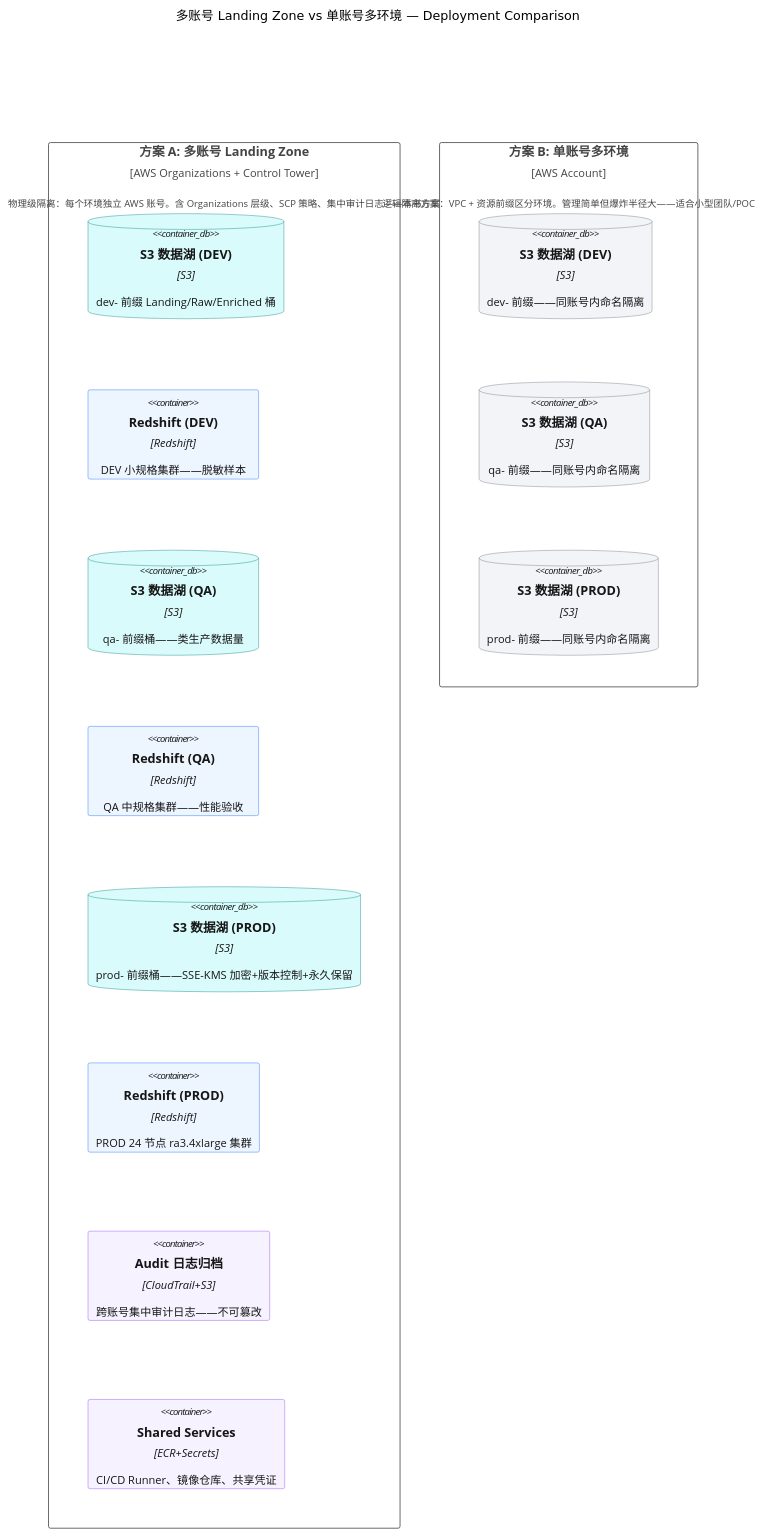
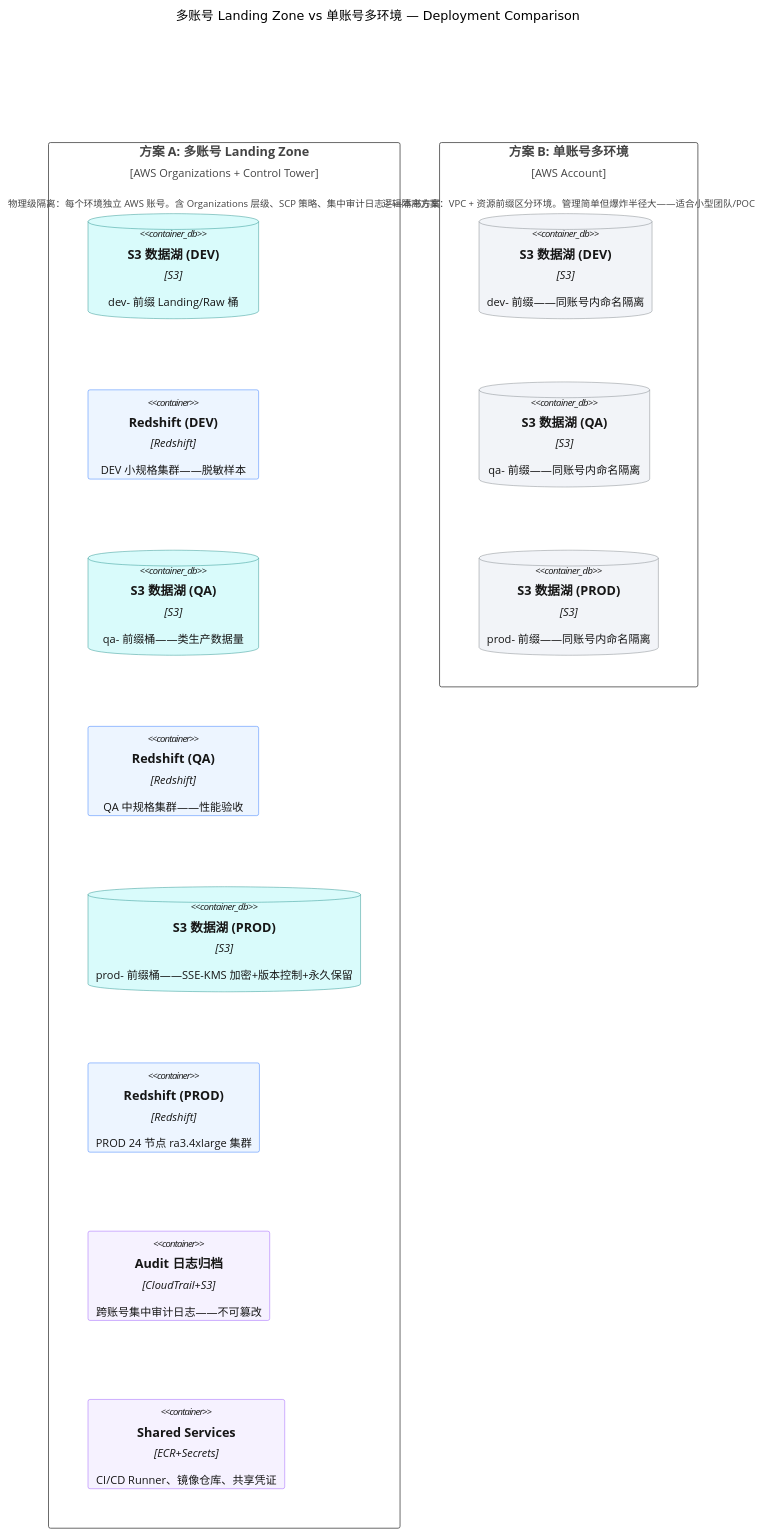
Before and after one commit to zhiweio/from-data-to-intelligence: the fourth of 5 diagrams in docs/06-环境与多账号隔离设计.md, drawn with Mermaid (neutral theme). The commit also changed other lines of this file and 69 other files, not shown here.

````diff
--- a/docs/06-环境与多账号隔离设计.md
+++ b/docs/06-环境与多账号隔离设计.md
@@ -181,35 +187,35 @@
 ```mermaid
 C4Deployment
     title 多账号 Landing Zone vs 单账号多环境 — Deployment Comparison
 
     Deployment_Node(org_a, "方案 A: 多账号 Landing Zone", "AWS Organizations + Control Tower", "物理级隔离：每个环境独立 AWS 账号。含 Organizations 层级、SCP 策略、集中审计日志——本书方案") {
-        ContainerDb(a_dev_s3, "S3 数据湖 (DEV)", "S3", "dev- 前缀 Landing/Raw/Enriched 桶")
+        ContainerDb(a_dev_s3, "S3 数据湖 (DEV)", "S3", "dev- 前缀 Landing/Raw 桶")
         Container(a_dev_rs, "Redshift (DEV)", "Redshift", "DEV 小规格集群——脱敏样本")
         ContainerDb(a_qa_s3, "S3 数据湖 (QA)", "S3", "qa- 前缀桶——类生产数据量")
         Container(a_qa_rs, "Redshift (QA)", "Redshift", "QA 中规格集群——性能验收")
         ContainerDb(a_prod_s3, "S3 数据湖 (PROD)", "S3", "prod- 前缀桶——SSE-KMS 加密+版本控制+永久保留")
         Container(a_prod_rs, "Redshift (PROD)", "Redshift", "PROD 24 节点 ra3.4xlarge 集群")
         Container(a_audit, "Audit 日志归档", "CloudTrail+S3", "跨账号集中审计日志——不可篡改")
         Container(a_shared, "Shared Services", "ECR+Secrets", "CI/CD Runner、镜像仓库、共享凭证")
     }
 
     Deployment_Node(single_b, "方案 B: 单账号多环境", "AWS Account", "逻辑隔离方案：VPC + 资源前缀区分环境。管理简单但爆炸半径大——适合小型团队/POC") {
         ContainerDb(b_dev_s3, "S3 数据湖 (DEV)", "S3", "dev- 前缀——同账号内命名隔离")
         ContainerDb(b_qa_s3, "S3 数据湖 (QA)", "S3", "qa- 前缀——同账号内命名隔离")
         ContainerDb(b_prod_s3, "S3 数据湖 (PROD)", "S3", "prod- 前缀——同账号内命名隔离")
     }
 
     UpdateElementStyle(a_dev_s3, $bgColor="#d9fbfb", $fontColor="#161616", $borderColor="#007d79")
     UpdateElementStyle(a_dev_rs, $bgColor="#edf5ff", $fontColor="#161616", $borderColor="#0f62fe")
     UpdateElementStyle(a_qa_s3, $bgColor="#d9fbfb", $fontColor="#161616", $borderColor="#007d79")
     UpdateElementStyle(a_qa_rs, $bgColor="#edf5ff", $fontColor="#161616", $borderColor="#0f62fe")
     UpdateElementStyle(a_prod_s3, $bgColor="#d9fbfb", $fontColor="#161616", $borderColor="#007d79")
     UpdateElementStyle(a_prod_rs, $bgColor="#edf5ff", $fontColor="#161616", $borderColor="#0f62fe")
     UpdateElementStyle(a_audit, $bgColor="#f6f2ff", $fontColor="#161616", $borderColor="#8a3ffc")
     UpdateElementStyle(a_shared, $bgColor="#f6f2ff", $fontColor="#161616", $borderColor="#8a3ffc")
     UpdateElementStyle(b_dev_s3, $bgColor="#f2f4f8", $fontColor="#161616", $borderColor="#697077")
     UpdateElementStyle(b_qa_s3, $bgColor="#f2f4f8", $fontColor="#161616", $borderColor="#697077")
     UpdateElementStyle(b_prod_s3, $bgColor="#f2f4f8", $fontColor="#161616", $borderColor="#697077")
 
     UpdateLayoutConfig($c4ShapeInRow="4", $c4BoundaryInRow="2")
 ```
````
